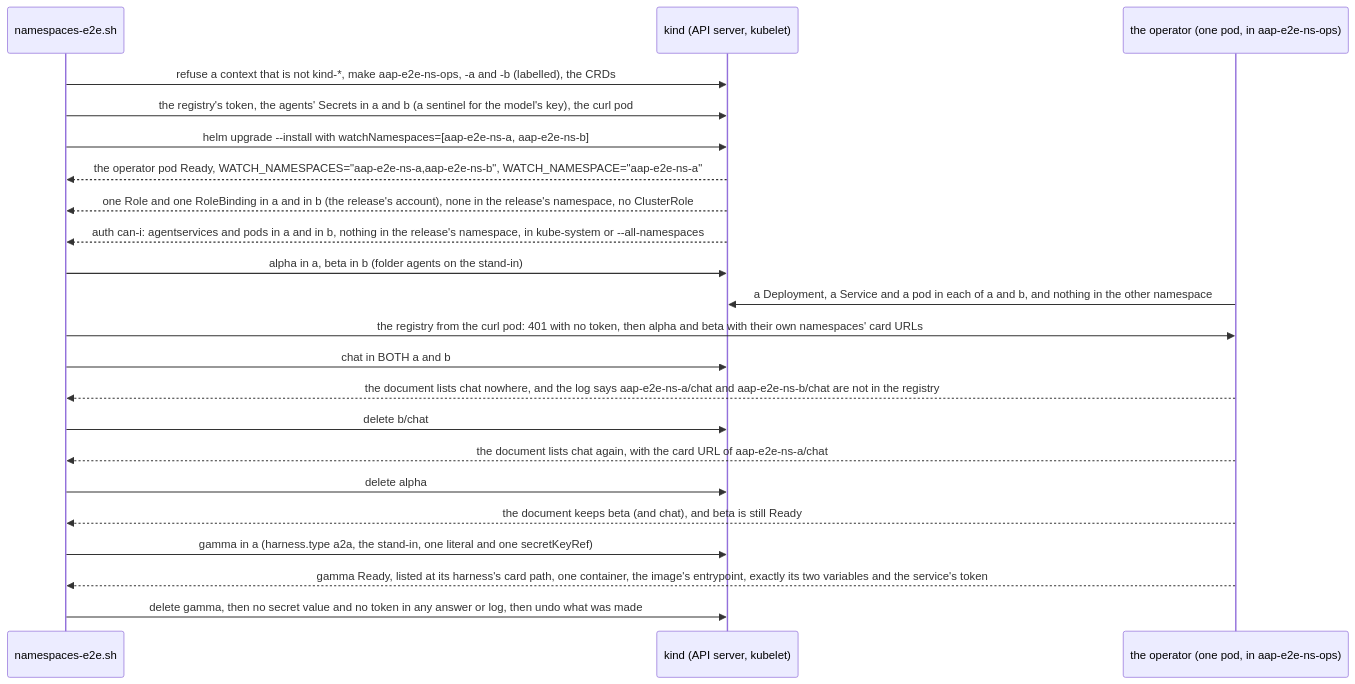
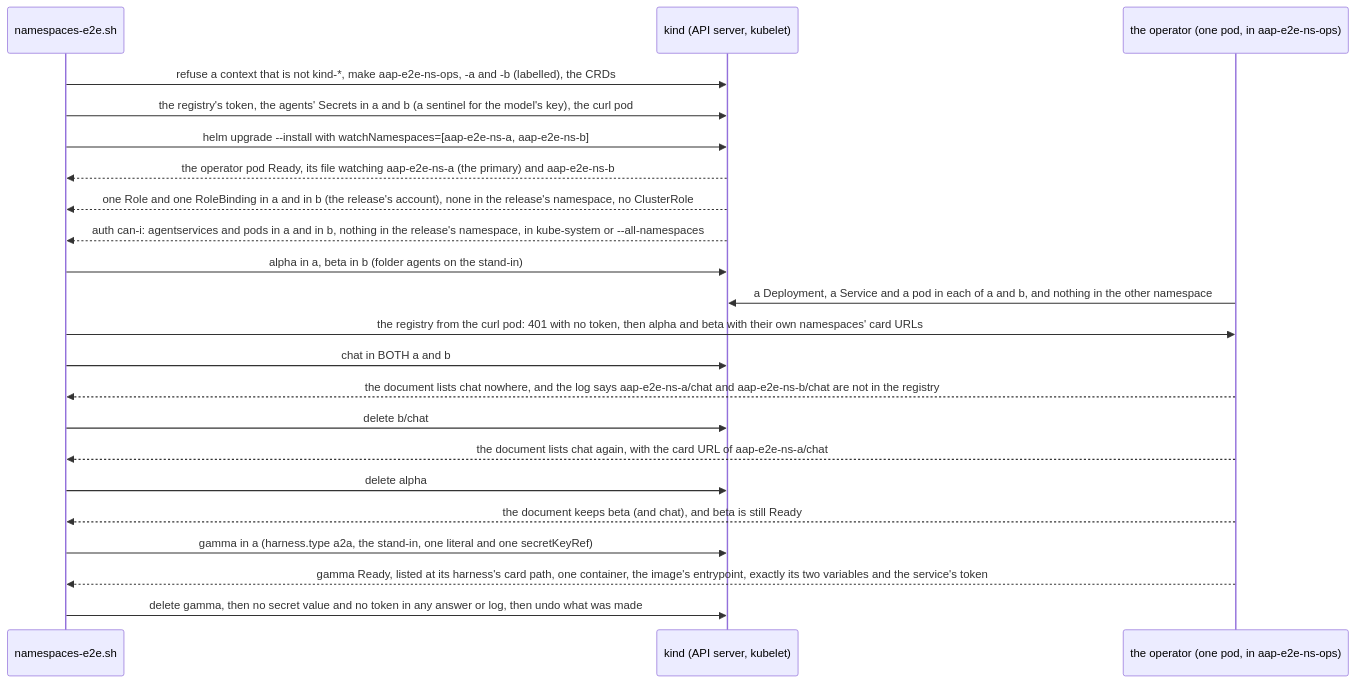
Diagram 11 of 14 in deploy/operator/tests/e2e/README.md (vymalo/another-agentic-platform), drawn with Mermaid before and after one commit. The commit also changed other lines of this file and 7 other files, not shown here.

````diff
--- a/deploy/operator/tests/e2e/README.md
+++ b/deploy/operator/tests/e2e/README.md
@@ -723,25 +723,25 @@
 ```mermaid
 sequenceDiagram
     participant J as namespaces-e2e.sh
     participant K as kind (API server, kubelet)
     participant O as the operator (one pod, in aap-e2e-ns-ops)
 
     J->>K: refuse a context that is not kind-*, make aap-e2e-ns-ops, -a and -b (labelled), the CRDs
     J->>K: the registry's token, the agents' Secrets in a and b (a sentinel for the model's key), the curl pod
     J->>K: helm upgrade --install with watchNamespaces=[aap-e2e-ns-a, aap-e2e-ns-b]
-    K-->>J: the operator pod Ready, WATCH_NAMESPACES="aap-e2e-ns-a,aap-e2e-ns-b", WATCH_NAMESPACE="aap-e2e-ns-a"
+    K-->>J: the operator pod Ready, its file watching aap-e2e-ns-a (the primary) and aap-e2e-ns-b
     K-->>J: one Role and one RoleBinding in a and in b (the release's account), none in the release's namespace, no ClusterRole
     K-->>J: auth can-i: agentservices and pods in a and in b, nothing in the release's namespace, in kube-system or --all-namespaces
     J->>K: alpha in a, beta in b (folder agents on the stand-in)
     O->>K: a Deployment, a Service and a pod in each of a and b, and nothing in the other namespace
     J->>O: the registry from the curl pod: 401 with no token, then alpha and beta with their own namespaces' card URLs
     J->>K: chat in BOTH a and b
     O-->>J: the document lists chat nowhere, and the log says aap-e2e-ns-a/chat and aap-e2e-ns-b/chat are not in the registry
     J->>K: delete b/chat
     O-->>J: the document lists chat again, with the card URL of aap-e2e-ns-a/chat
     J->>K: delete alpha
     O-->>J: the document keeps beta (and chat), and beta is still Ready
     J->>K: gamma in a (harness.type a2a, the stand-in, one literal and one secretKeyRef)
     O-->>J: gamma Ready, listed at its harness's card path, one container, the image's entrypoint, exactly its two variables and the service's token
     J->>K: delete gamma, then no secret value and no token in any answer or log, then undo what was made
 ```
````
